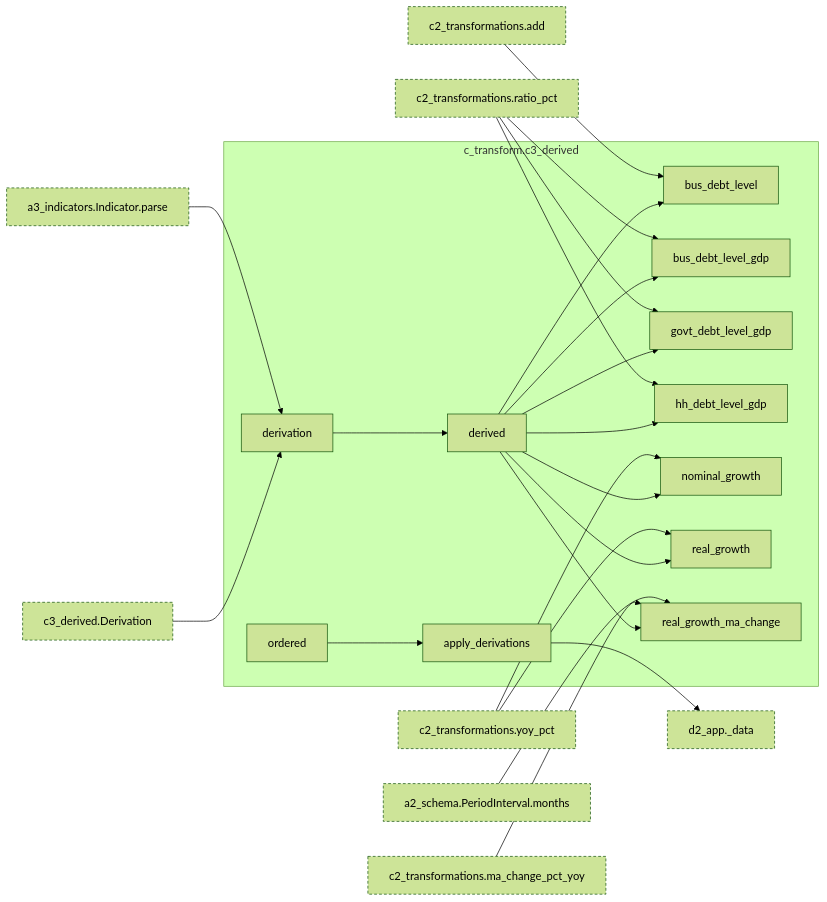
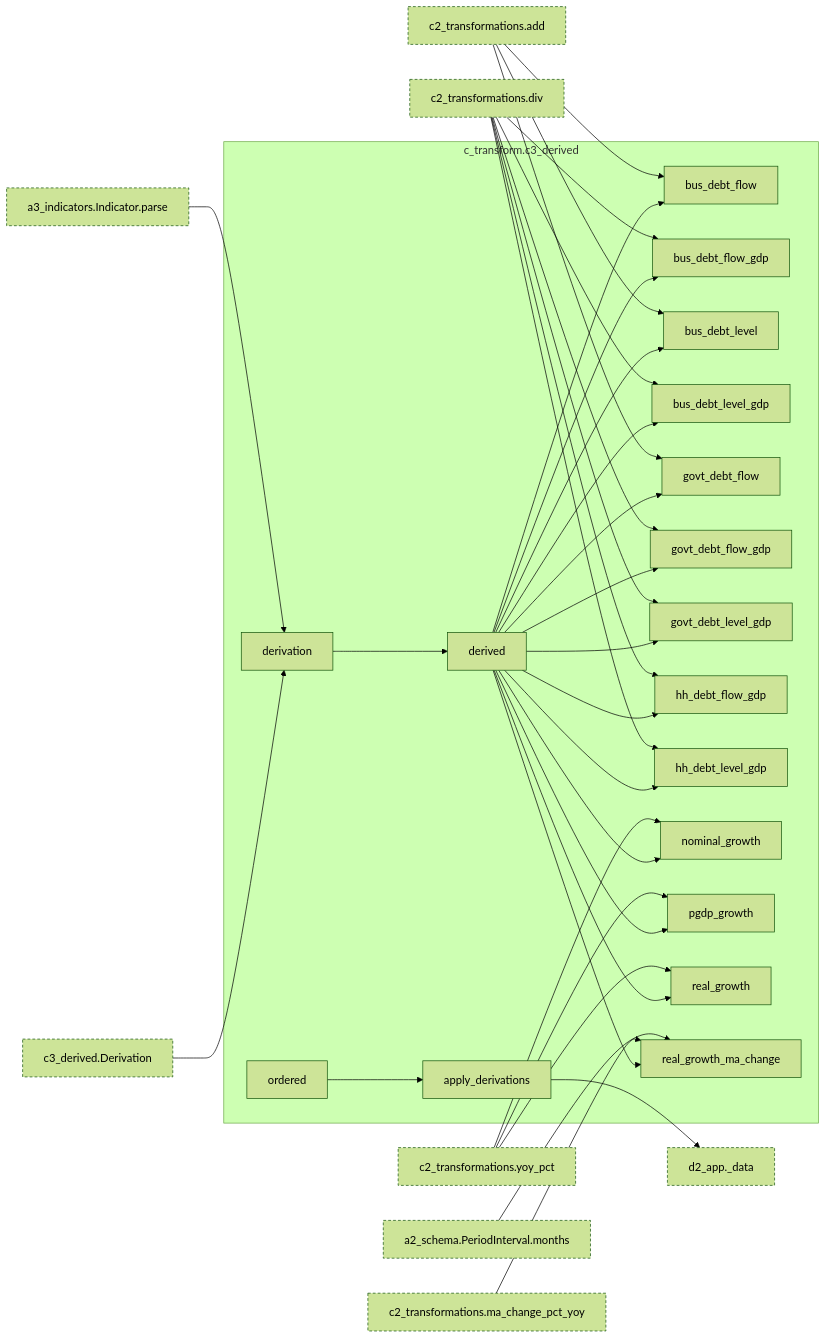
One commit to bsawyerg15/MacroScan changed diagram 13 of 15 in docs/architecture.md. Above: the diagram before and after it, drawn with Mermaid (forest theme). The commit also changed other lines of this file and 8 other files, not shown here.

```diff
--- a/docs/architecture.md
+++ b/docs/architecture.md
@@ -1054,39 +1097,57 @@
 flowchart LR
   subgraph this["c_transform.c3_derived"]
     n_c_transform_c3_derived_apply_derivations["apply_derivations"]
+    n_c_transform_c3_derived_bus_debt_flow["bus_debt_flow"]
+    n_c_transform_c3_derived_bus_debt_flow_gdp["bus_debt_flow_gdp"]
     n_c_transform_c3_derived_bus_debt_level["bus_debt_level"]
     n_c_transform_c3_derived_bus_debt_level_gdp["bus_debt_level_gdp"]
     n_c_transform_c3_derived_derivation["derivation"]
     n_c_transform_c3_derived_derived["derived"]
+    n_c_transform_c3_derived_govt_debt_flow["govt_debt_flow"]
+    n_c_transform_c3_derived_govt_debt_flow_gdp["govt_debt_flow_gdp"]
     n_c_transform_c3_derived_govt_debt_level_gdp["govt_debt_level_gdp"]
+    n_c_transform_c3_derived_hh_debt_flow_gdp["hh_debt_flow_gdp"]
     n_c_transform_c3_derived_hh_debt_level_gdp["hh_debt_level_gdp"]
     n_c_transform_c3_derived_nominal_growth["nominal_growth"]
     n_c_transform_c3_derived_ordered["ordered"]
+    n_c_transform_c3_derived_pgdp_growth["pgdp_growth"]
     n_c_transform_c3_derived_real_growth["real_growth"]
     n_c_transform_c3_derived_real_growth_ma_change["real_growth_ma_change"]
   end
   n_a_core_a2_schema_PeriodInterval_months["a2_schema.PeriodInterval.months"]:::ext
   n_a_core_a3_indicators_Indicator_parse["a3_indicators.Indicator.parse"]:::ext
   n_c_transform_c2_transformations_add["c2_transformations.add"]:::ext
+  n_c_transform_c2_transformations_div["c2_transformations.div"]:::ext
   n_c_transform_c2_transformations_ma_change_pct_yoy["c2_transformations.ma_change_pct_yoy"]:::ext
-  n_c_transform_c2_transformations_ratio_pct["c2_transformations.ratio_pct"]:::ext
   n_c_transform_c2_transformations_yoy_pct["c2_transformations.yoy_pct"]:::ext
   n_c_transform_c3_derived_Derivation["c3_derived.Derivation"]:::ext
   n_d_visualization_d2_app__data["d2_app._data"]:::ext
   n_c_transform_c3_derived_ordered --> n_c_transform_c3_derived_apply_derivations
+  n_c_transform_c2_transformations_add --> n_c_transform_c3_derived_bus_debt_flow
+  n_c_transform_c3_derived_derived --> n_c_transform_c3_derived_bus_debt_flow
+  n_c_transform_c2_transformations_div --> n_c_transform_c3_derived_bus_debt_flow_gdp
+  n_c_transform_c3_derived_derived --> n_c_transform_c3_derived_bus_debt_flow_gdp
   n_c_transform_c2_transformations_add --> n_c_transform_c3_derived_bus_debt_level
   n_c_transform_c3_derived_derived --> n_c_transform_c3_derived_bus_debt_level
-  n_c_transform_c2_transformations_ratio_pct --> n_c_transform_c3_derived_bus_debt_level_gdp
+  n_c_transform_c2_transformations_div --> n_c_transform_c3_derived_bus_debt_level_gdp
   n_c_transform_c3_derived_derived --> n_c_transform_c3_derived_bus_debt_level_gdp
   n_a_core_a3_indicators_Indicator_parse --> n_c_transform_c3_derived_derivation
   n_c_transform_c3_derived_Derivation --> n_c_transform_c3_derived_derivation
   n_c_transform_c3_derived_derivation --> n_c_transform_c3_derived_derived
-  n_c_transform_c2_transformations_ratio_pct --> n_c_transform_c3_derived_govt_debt_level_gdp
+  n_c_transform_c2_transformations_add --> n_c_transform_c3_derived_govt_debt_flow
+  n_c_transform_c3_derived_derived --> n_c_transform_c3_derived_govt_debt_flow
+  n_c_transform_c2_transformations_div --> n_c_transform_c3_derived_govt_debt_flow_gdp
+  n_c_transform_c3_derived_derived --> n_c_transform_c3_derived_govt_debt_flow_gdp
+  n_c_transform_c2_transformations_div --> n_c_transform_c3_derived_govt_debt_level_gdp
   n_c_transform_c3_derived_derived --> n_c_transform_c3_derived_govt_debt_level_gdp
-  n_c_transform_c2_transformations_ratio_pct --> n_c_transform_c3_derived_hh_debt_level_gdp
+  n_c_transform_c2_transformations_div --> n_c_transform_c3_derived_hh_debt_flow_gdp
+  n_c_transform_c3_derived_derived --> n_c_transform_c3_derived_hh_debt_flow_gdp
+  n_c_transform_c2_transformations_div --> n_c_transform_c3_derived_hh_debt_level_gdp
   n_c_transform_c3_derived_derived --> n_c_transform_c3_derived_hh_debt_level_gdp
   n_c_transform_c2_transformations_yoy_pct --> n_c_transform_c3_derived_nominal_growth
   n_c_transform_c3_derived_derived --> n_c_transform_c3_derived_nominal_growth
+  n_c_transform_c2_transformations_yoy_pct --> n_c_transform_c3_derived_pgdp_growth
+  n_c_transform_c3_derived_derived --> n_c_transform_c3_derived_pgdp_growth
   n_c_transform_c2_transformations_yoy_pct --> n_c_transform_c3_derived_real_growth
   n_c_transform_c3_derived_derived --> n_c_transform_c3_derived_real_growth
   n_a_core_a2_schema_PeriodInterval_months --> n_c_transform_c3_derived_real_growth_ma_change
@@ -1096,19 +1157,25 @@
   click n_a_core_a2_schema_PeriodInterval_months href "#fn-a_core-a2_schema-PeriodInterval.months"
   click n_a_core_a3_indicators_Indicator_parse href "#fn-a_core-a3_indicators-Indicator.parse"
   click n_c_transform_c2_transformations_add href "#fn-c_transform-c2_transformations-add"
+  click n_c_transform_c2_transformations_div href "#fn-c_transform-c2_transformations-div"
   click n_c_transform_c2_transformations_ma_change_pct_yoy href "#fn-c_transform-c2_transformations-ma_change_pct_yoy"
-  click n_c_transform_c2_transformations_ratio_pct href "#fn-c_transform-c2_transformations-ratio_pct"
   click n_c_transform_c2_transformations_yoy_pct href "#fn-c_transform-c2_transformations-yoy_pct"
   click n_c_transform_c3_derived_Derivation href "#cls-Derivation"
   click n_c_transform_c3_derived_apply_derivations href "#fn-c_transform-c3_derived-apply_derivations"
+  click n_c_transform_c3_derived_bus_debt_flow href "#fn-c_transform-c3_derived-bus_debt_flow"
+  click n_c_transform_c3_derived_bus_debt_flow_gdp href "#fn-c_transform-c3_derived-bus_debt_flow_gdp"
   click n_c_transform_c3_derived_bus_debt_level href "#fn-c_transform-c3_derived-bus_debt_level"
   click n_c_transform_c3_derived_bus_debt_level_gdp href "#fn-c_transform-c3_derived-bus_debt_level_gdp"
   click n_c_transform_c3_derived_derivation href "#fn-c_transform-c3_derived-derivation"
   click n_c_transform_c3_derived_derived href "#fn-c_transform-c3_derived-derived"
+  click n_c_transform_c3_derived_govt_debt_flow href "#fn-c_transform-c3_derived-govt_debt_flow"
+  click n_c_transform_c3_derived_govt_debt_flow_gdp href "#fn-c_transform-c3_derived-govt_debt_flow_gdp"
   click n_c_transform_c3_derived_govt_debt_level_gdp href "#fn-c_transform-c3_derived-govt_debt_level_gdp"
+  click n_c_transform_c3_derived_hh_debt_flow_gdp href "#fn-c_transform-c3_derived-hh_debt_flow_gdp"
   click n_c_transform_c3_derived_hh_debt_level_gdp href "#fn-c_transform-c3_derived-hh_debt_level_gdp"
   click n_c_transform_c3_derived_nominal_growth href "#fn-c_transform-c3_derived-nominal_growth"
   click n_c_transform_c3_derived_ordered href "#fn-c_transform-c3_derived-ordered"
+  click n_c_transform_c3_derived_pgdp_growth href "#fn-c_transform-c3_derived-pgdp_growth"
   click n_c_transform_c3_derived_real_growth href "#fn-c_transform-c3_derived-real_growth"
   click n_c_transform_c3_derived_real_growth_ma_change href "#fn-c_transform-c3_derived-real_growth_ma_change"
   click n_d_visualization_d2_app__data href "#fn-d_visualization-d2_app-_data"
```
